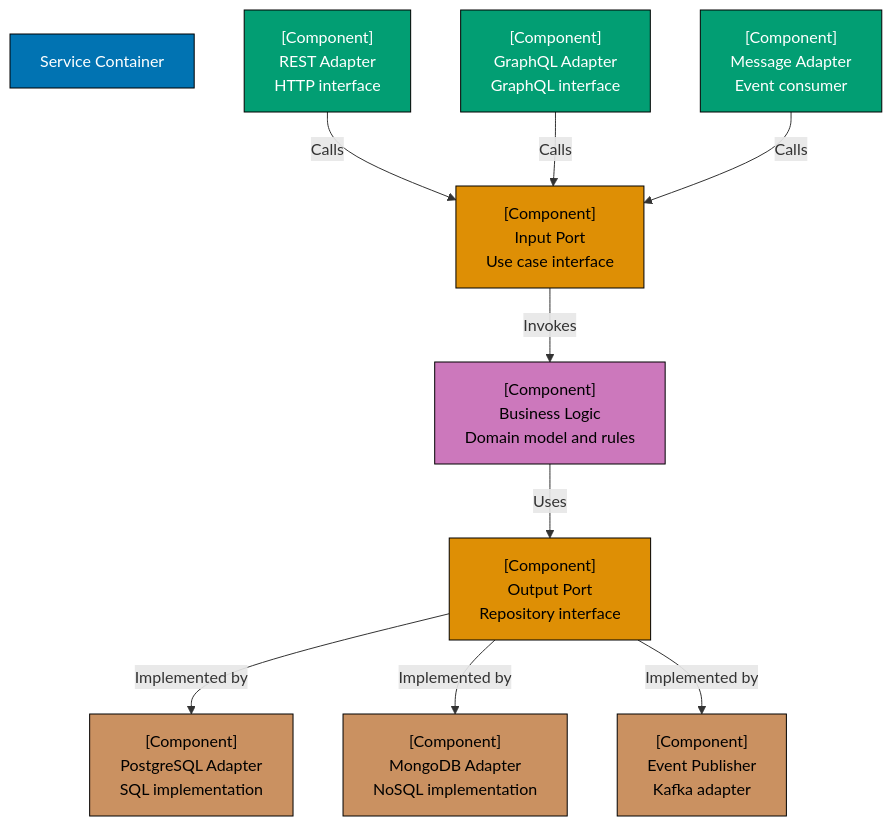
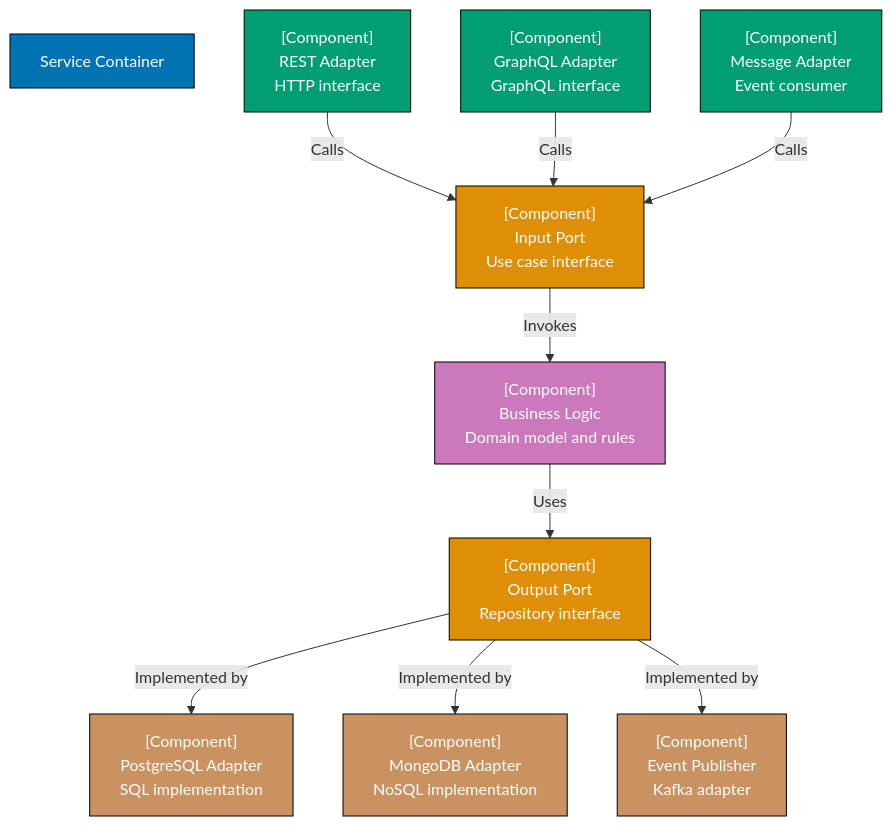
Before and after one commit to wahidyankf/open-sharia-enterprise: the third of 30 diagrams in apps/ayokoding-web/content/en/learn/software-engineering/architecture/c4-architecture-model/by-example/intermediate.md, drawn with Mermaid. The commit also changed other lines of this file and 61 other files, not shown here.

First line of the commit message:
fix(ayokoding-web): quote Mermaid node labels with special characters in Example 63

````diff
--- a/apps/ayokoding-web/content/en/learn/software-engineering/architecture/c4-architecture-model/by-example/intermediate.md
+++ b/apps/ayokoding-web/content/en/learn/software-engineering/architecture/c4-architecture-model/by-example/intermediate.md
@@ -130,41 +130,41 @@
 ```mermaid
 graph TD
     ServiceCore["Service Container"]
 
     RESTAdapter["[Component]<br/>REST Adapter<br/>HTTP interface"]
     GraphQLAdapter["[Component]<br/>GraphQL Adapter<br/>GraphQL interface"]
     MessageAdapter["[Component]<br/>Message Adapter<br/>Event consumer"]
 
     InputPort["[Component]<br/>Input Port<br/>Use case interface"]
 
     BusinessLogic["[Component]<br/>Business Logic<br/>Domain model and rules"]
 
     OutputPort["[Component]<br/>Output Port<br/>Repository interface"]
 
     PostgreSQLAdapter["[Component]<br/>PostgreSQL Adapter<br/>SQL implementation"]
     MongoDBAdapter["[Component]<br/>MongoDB Adapter<br/>NoSQL implementation"]
     EventPublisher["[Component]<br/>Event Publisher<br/>Kafka adapter"]
 
     RESTAdapter -->|Calls| InputPort
     GraphQLAdapter -->|Calls| InputPort
     MessageAdapter -->|Calls| InputPort
 
     InputPort -->|Invokes| BusinessLogic
 
     BusinessLogic -->|Uses| OutputPort
 
     OutputPort -->|Implemented by| PostgreSQLAdapter
     OutputPort -->|Implemented by| MongoDBAdapter
     OutputPort -->|Implemented by| EventPublisher
 
     style ServiceCore fill:#0173B2,stroke:#000,color:#fff
     style RESTAdapter fill:#029E73,stroke:#000,color:#fff
     style GraphQLAdapter fill:#029E73,stroke:#000,color:#fff
     style MessageAdapter fill:#029E73,stroke:#000,color:#fff
-    style InputPort fill:#DE8F05,stroke:#000,color:#000
-    style BusinessLogic fill:#CC78BC,stroke:#000,color:#000
-    style OutputPort fill:#DE8F05,stroke:#000,color:#000
-    style PostgreSQLAdapter fill:#CA9161,stroke:#000,color:#000
-    style MongoDBAdapter fill:#CA9161,stroke:#000,color:#000
-    style EventPublisher fill:#CA9161,stroke:#000,color:#000
+    style InputPort fill:#DE8F05,stroke:#000,color:#fff
+    style BusinessLogic fill:#CC78BC,stroke:#000,color:#fff
+    style OutputPort fill:#DE8F05,stroke:#000,color:#fff
+    style PostgreSQLAdapter fill:#CA9161,stroke:#000,color:#fff
+    style MongoDBAdapter fill:#CA9161,stroke:#000,color:#fff
+    style EventPublisher fill:#CA9161,stroke:#000,color:#fff
 ```
````
